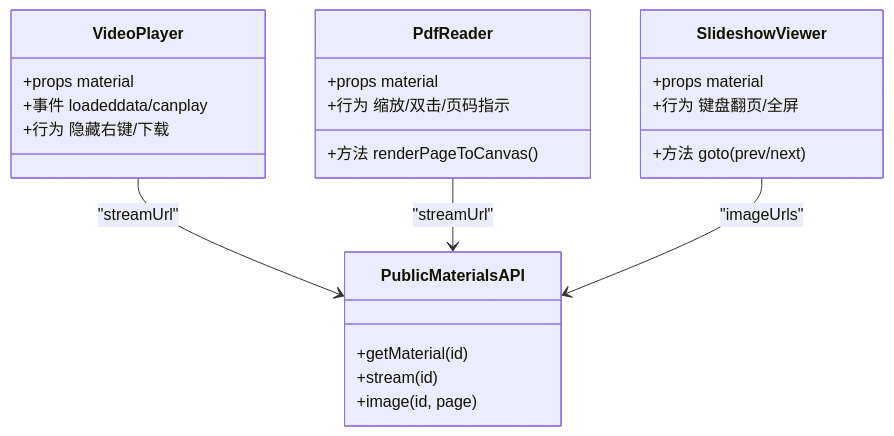
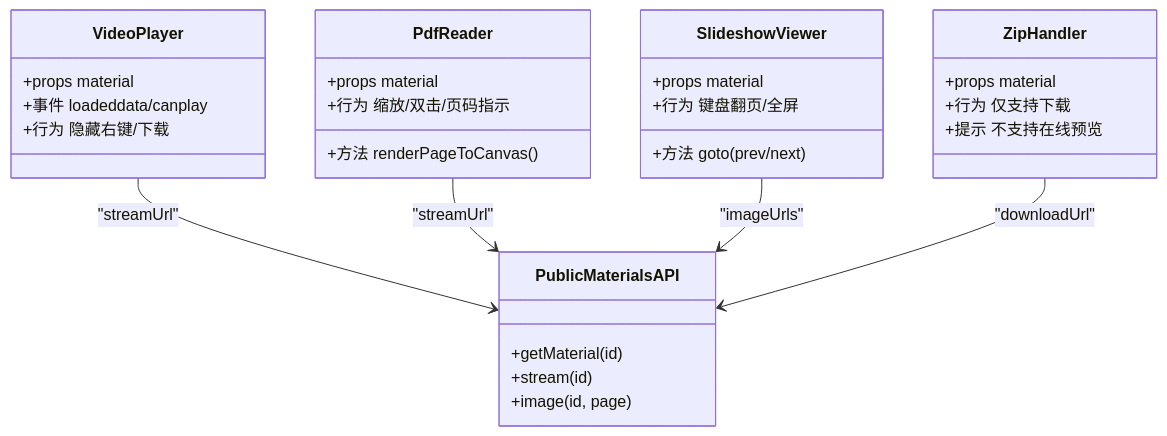
One commit to leo21cn/ai-learning-hub changed the sixth of 7 diagrams in .qoder/repowiki/zh/content/前端开发指南/页面开发/管理后台页面开发/素材管理页面.md. Above: the diagram before and after it, drawn with Mermaid. The commit also changed other lines of this file and 41 other files, not shown here.

````diff
--- a/.qoder/repowiki/zh/content/前端开发指南/页面开发/管理后台页面开发/素材管理页面.md
+++ b/.qoder/repowiki/zh/content/前端开发指南/页面开发/管理后台页面开发/素材管理页面.md
@@ -315,26 +365,32 @@
 ```mermaid
 classDiagram
 class VideoPlayer {
 +props material
 +事件 loadeddata/canplay
 +行为 隐藏右键/下载
 }
 class PdfReader {
 +props material
 +方法 renderPageToCanvas()
 +行为 缩放/双击/页码指示
 }
 class SlideshowViewer {
 +props material
 +方法 goto(prev/next)
 +行为 键盘翻页/全屏
 }
+class ZipHandler {
++props material
++行为 仅支持下载
++提示 不支持在线预览
+}
 class PublicMaterialsAPI {
 +getMaterial(id)
 +stream(id)
 +image(id, page)
 }
 VideoPlayer --> PublicMaterialsAPI : "streamUrl"
 PdfReader --> PublicMaterialsAPI : "streamUrl"
 SlideshowViewer --> PublicMaterialsAPI : "imageUrls"
+ZipHandler --> PublicMaterialsAPI : "downloadUrl"
 ```
````
